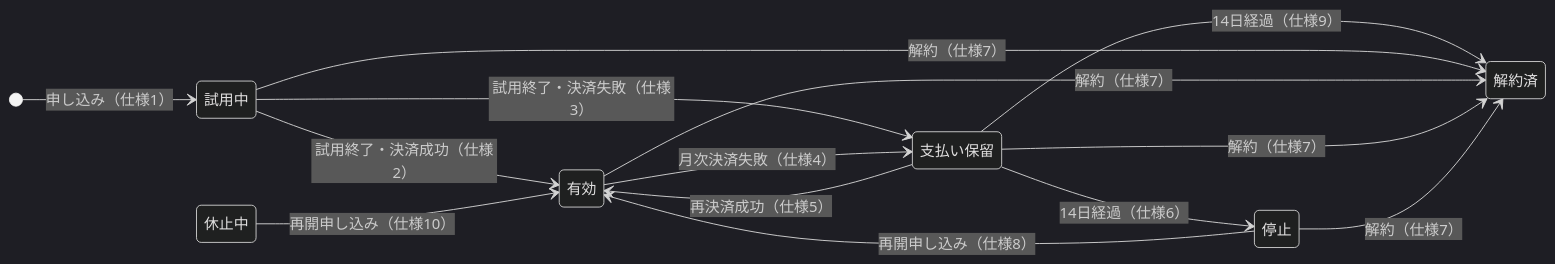
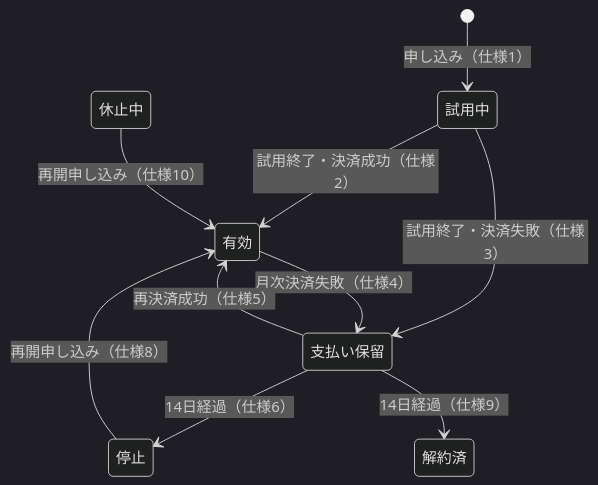
One commit to ozaki25/jstqb-foundation-training-ozaki25 changed the second of 2 diagrams in sites/al-ta/docs/lessons/lesson27/index.md. Above: the diagram before and after it, drawn with Mermaid (dark theme). The commit also changed other lines of this file and 8 other files, not shown here.

````diff
--- a/sites/al-ta/docs/lessons/lesson27/index.md
+++ b/sites/al-ta/docs/lessons/lesson27/index.md
@@ -198,17 +202,13 @@
 ```mermaid
 stateDiagram-v2
-    direction LR
+    direction TB
     [*] --> 試用中: 申し込み（仕様1）
     試用中 --> 有効: 試用終了・決済成功（仕様2）
     試用中 --> 支払い保留: 試用終了・決済失敗（仕様3）
     有効 --> 支払い保留: 月次決済失敗（仕様4）
     支払い保留 --> 有効: 再決済成功（仕様5）
     支払い保留 --> 停止: 14日経過（仕様6）
     支払い保留 --> 解約済: 14日経過（仕様9）
     停止 --> 有効: 再開申し込み（仕様8）
     休止中 --> 有効: 再開申し込み（仕様10）
-    試用中 --> 解約済: 解約（仕様7）
-    有効 --> 解約済: 解約（仕様7）
-    支払い保留 --> 解約済: 解約（仕様7）
-    停止 --> 解約済: 解約（仕様7）
 ```
````
